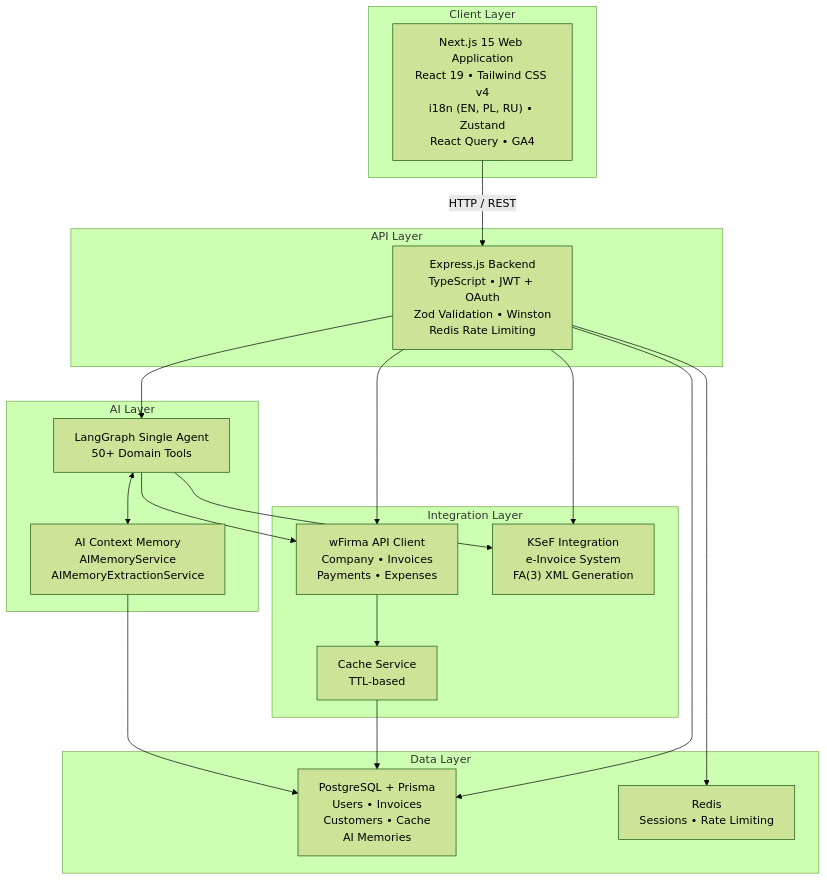
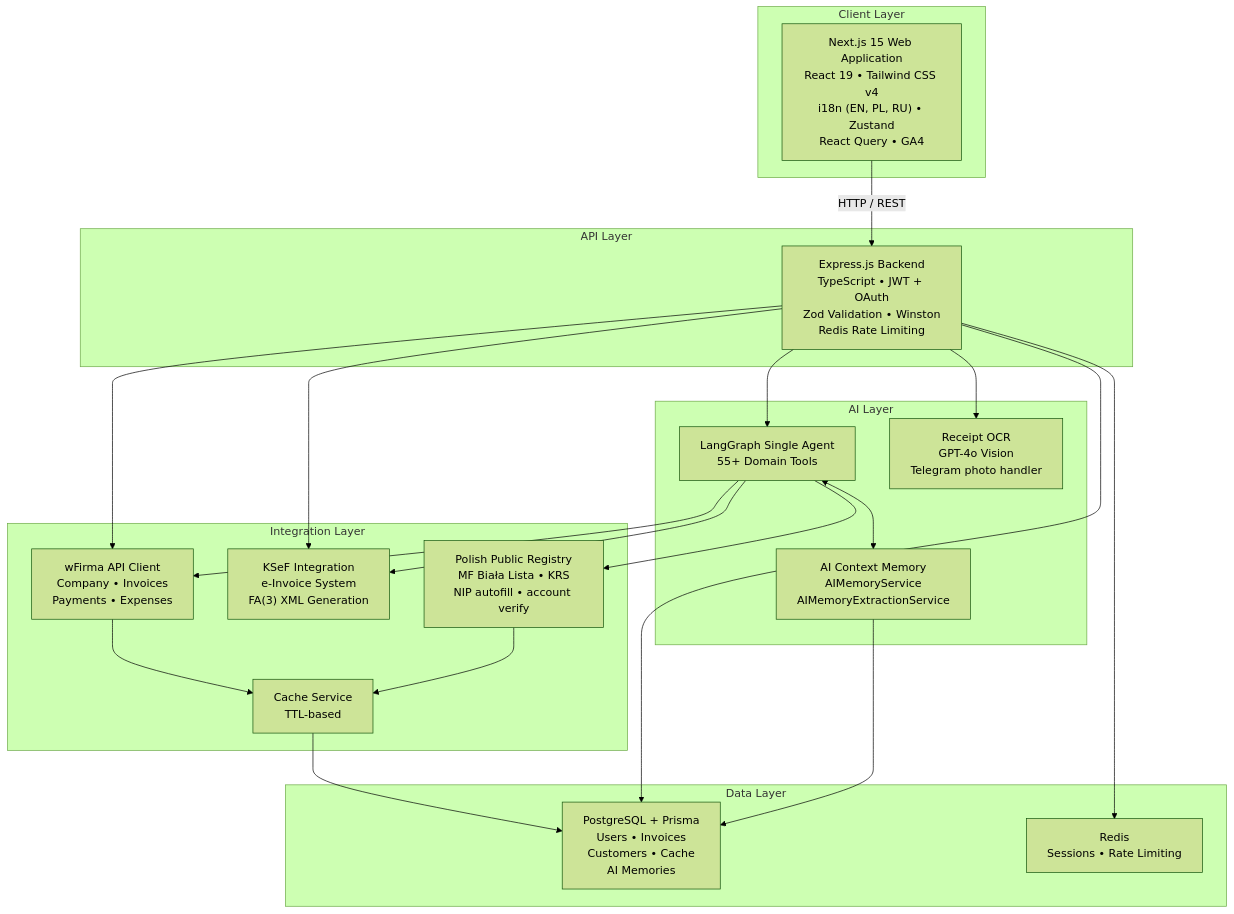
Before and after one commit to JealousyM/accounting-ai-agent: the first of 3 diagrams in docs/ARCHITECTURE.md, drawn with Mermaid (forest theme). The commit also changed other lines of this file and 10 other files, not shown here.

First line of the commit message:
docs(marketing+technical): coverage for OCR Telegram, Biała Lista, NIP autofill (#114)

````diff
--- a/docs/ARCHITECTURE.md
+++ b/docs/ARCHITECTURE.md
@@ -7,39 +7,44 @@
 ```mermaid
 graph TD
     subgraph CLIENT["Client Layer"]
         WEB["Next.js 15 Web Application<br/>React 19 &bull; Tailwind CSS v4<br/>i18n (EN, PL, RU) &bull; Zustand<br/>React Query &bull; GA4"]
     end
 
     subgraph API["API Layer"]
         EXPRESS["Express.js Backend<br/>TypeScript &bull; JWT + OAuth<br/>Zod Validation &bull; Winston<br/>Redis Rate Limiting"]
     end
 
     subgraph AI["AI Layer"]
-        LANGGRAPH["LangGraph Single Agent<br/>50+ Domain Tools"]
+        LANGGRAPH["LangGraph Single Agent<br/>55+ Domain Tools"]
         MEMORY["AI Context Memory<br/>AIMemoryService<br/>AIMemoryExtractionService"]
+        OCR["Receipt OCR<br/>GPT-4o Vision<br/>Telegram photo handler"]
         LANGGRAPH <--> MEMORY
     end
 
     subgraph INTEGRATION["Integration Layer"]
         WFIRMA["wFirma API Client<br/>Company &bull; Invoices<br/>Payments &bull; Expenses"]
         KSEF["KSeF Integration<br/>e-Invoice System<br/>FA(3) XML Generation"]
+        REGISTRY["Polish Public Registry<br/>MF Biała Lista &bull; KRS<br/>NIP autofill &bull; account verify"]
         CACHE["Cache Service<br/>TTL-based"]
     end
 
     subgraph DATA["Data Layer"]
         PG["PostgreSQL + Prisma<br/>Users &bull; Invoices<br/>Customers &bull; Cache<br/>AI Memories"]
         REDIS["Redis<br/>Sessions &bull; Rate Limiting"]
     end
 
     WEB -- "HTTP / REST" --> EXPRESS
     EXPRESS --> LANGGRAPH
     EXPRESS --> WFIRMA
     EXPRESS --> KSEF
+    EXPRESS --> OCR
     LANGGRAPH --> WFIRMA
     LANGGRAPH --> KSEF
+    LANGGRAPH --> REGISTRY
     WFIRMA --> CACHE
+    REGISTRY --> CACHE
     CACHE --> PG
     EXPRESS --> PG
     EXPRESS --> REDIS
     MEMORY --> PG
 ```
````
